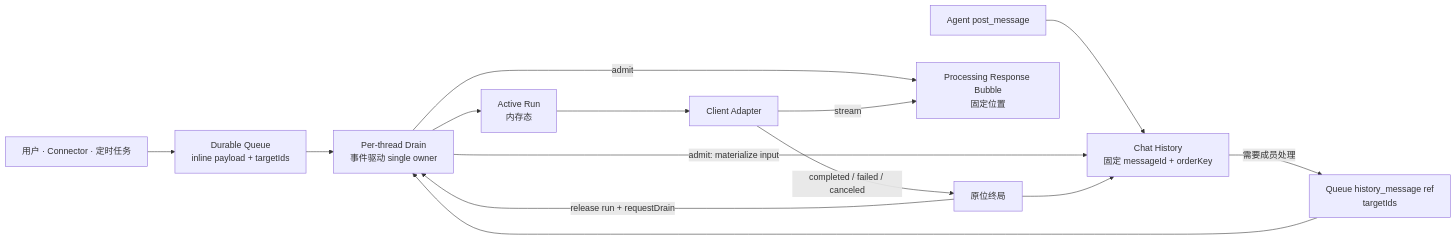
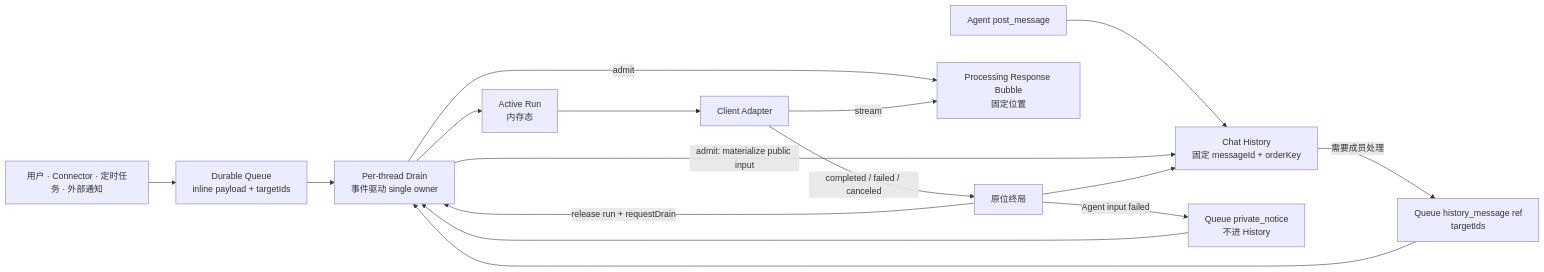
The first of 2 diagrams in docs/architecture/message-delivery-handling-handoff-audit.md (zts212653/clowder-ai), drawn with Mermaid before and after one commit. The commit also changed other lines of this file, not shown here.

First line of the commit message:
docs: restore queue-first A2A lifecycle invariants

````diff
--- a/docs/architecture/message-delivery-handling-handoff-audit.md
+++ b/docs/architecture/message-delivery-handling-handoff-audit.md
@@ -77,16 +77,18 @@
 ```mermaid
 flowchart LR
-    E["用户 · Connector · 定时任务"] --> Q["Durable Queue<br/>inline payload + targetIds"]
+    E["用户 · Connector · 定时任务 · 外部通知"] --> Q["Durable Queue<br/>inline payload + targetIds"]
     P["Agent post_message"] --> H["Chat History<br/>固定 messageId + orderKey"]
     H -->|"需要成员处理"| Q2["Queue history_message ref<br/>targetIds"]
     Q --> D["Per-thread Drain<br/>事件驱动 single owner"]
     Q2 --> D
-    D -->|"admit: materialize input"| H
+    D -->|"admit: materialize public input"| H
     D -->|"admit"| B["Processing Response Bubble<br/>固定位置"]
     D --> A["Active Run<br/>内存态"]
     A --> C["Client Adapter"]
     C -->|"stream"| B
     C -->|"completed / failed / canceled"| T["原位终局"]
     T --> H
+    T -->|"Agent input failed"| N["Queue private_notice<br/>不进 History"]
+    N --> D
     T -->|"release run + requestDrain"| D
 ```
````
